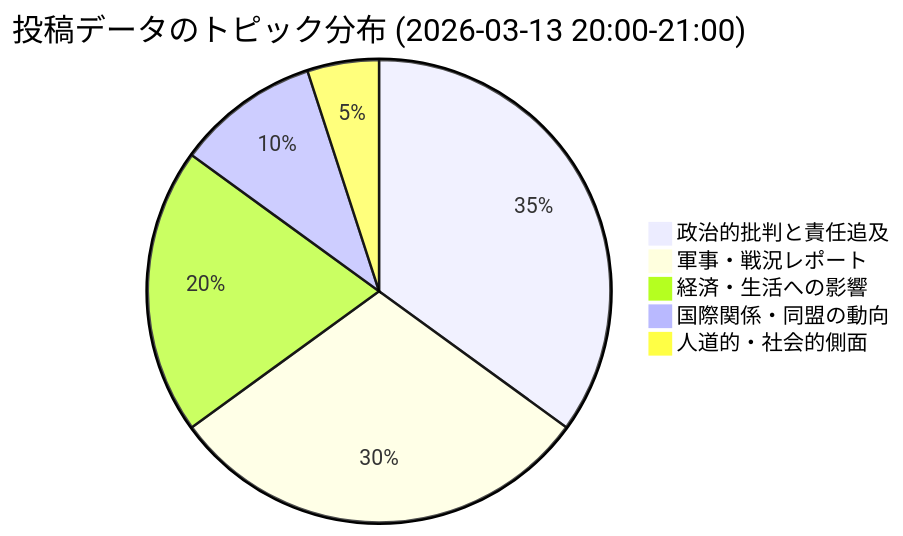
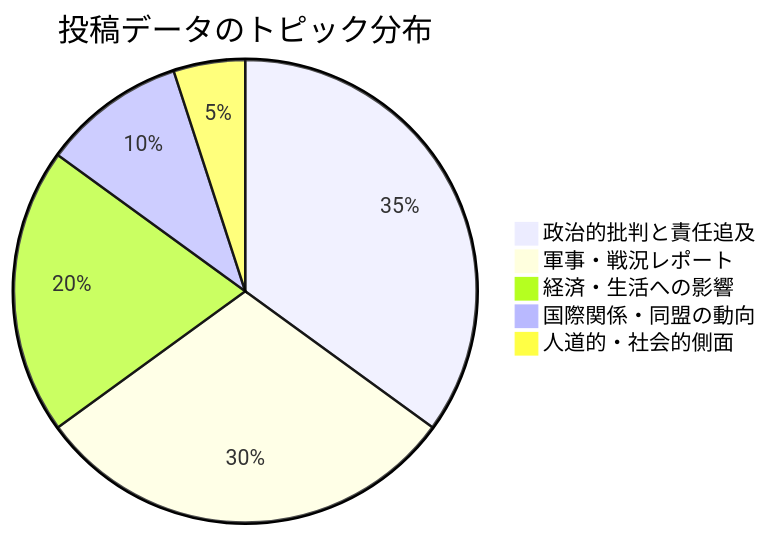
Before and after one commit to highants/quartz: the second of 2 diagrams in content/20260313212904Q.md, drawn with Mermaid.

Commit message:
vault backup: 2026-03-13 21:41:14

````diff
--- a/content/20260313212904Q.md
+++ b/content/20260313212904Q.md
@@ -173,12 +173,12 @@
 ```mermaid
 ---
 config:
   theme: default
 ---
-pie title 投稿データのトピック分布 (2026-03-13 20:00-21:00)
+pie title 投稿データのトピック分布
     "政治的批判と責任追及" : 35
     "軍事・戦況レポート" : 30
     "経済・生活への影響" : 20
     "国際関係・同盟の動向" : 10
     "人道的・社会的側面" : 5
 ```
````
